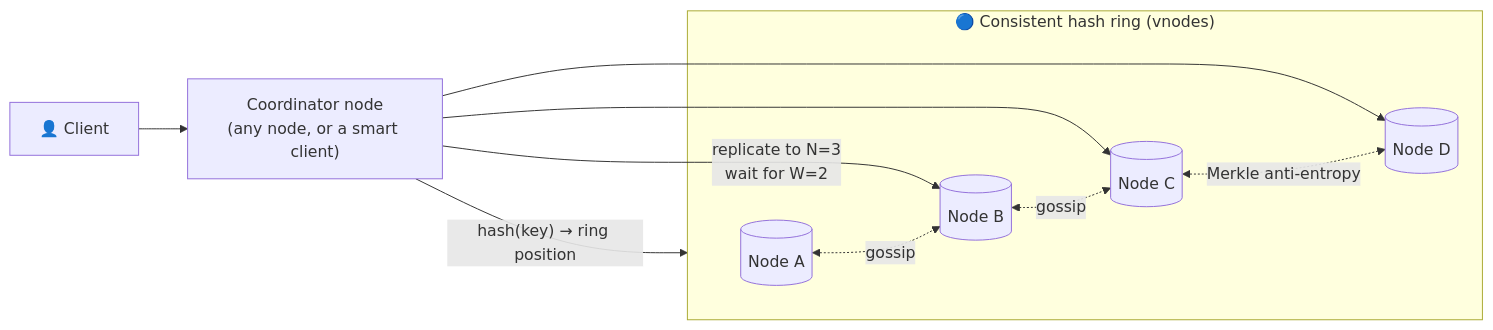
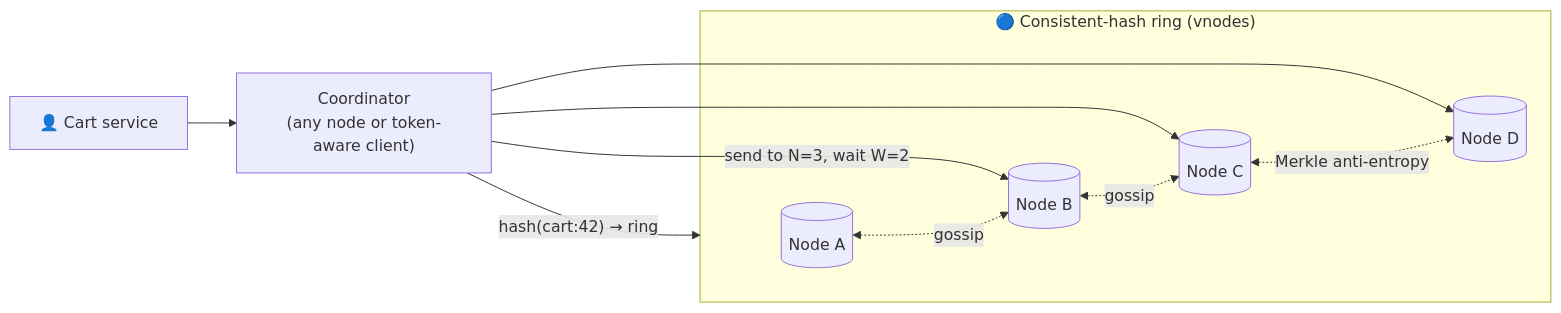
The diagram in phases/11-advanced-designs/092-design-key-value-store.md (winnyboy5/System-Design-from-Atoms), drawn with Mermaid before and after one commit. The commit also changed other lines of this file and 15 other files, not shown here.

````diff
--- a/phases/11-advanced-designs/092-design-key-value-store.md
+++ b/phases/11-advanced-designs/092-design-key-value-store.md
@@ -30,17 +42,17 @@
 ```mermaid
 flowchart LR
-    C["👤 Client"] --> CO["Coordinator node<br/>(any node, or a smart client)"]
-    CO -->|"hash(key) → ring position"| RING
-    subgraph RING["🔵 Consistent hash ring (vnodes)"]
+    C["👤 Cart service"] --> CO["Coordinator<br/>(any node or token-aware client)"]
+    CO -->|"hash(cart:42) → ring"| RING
+    subgraph RING["🔵 Consistent-hash ring (vnodes)"]
         N1[("Node A")]
         N2[("Node B")]
         N3[("Node C")]
         N4[("Node D")]
     end
-    CO -->|"replicate to N=3<br/>wait for W=2"| N2
+    CO -->|"send to N=3, wait W=2"| N2
     CO --> N3
     CO --> N4
     N1 <-.->|"gossip"| N2
     N2 <-.->|"gossip"| N3
     N3 <-.->|"Merkle anti-entropy"| N4
 ```
````
